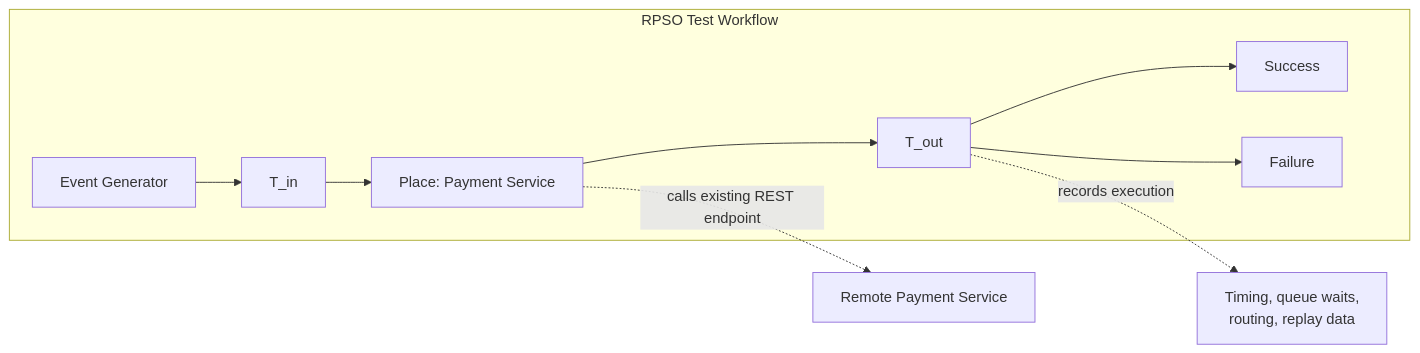
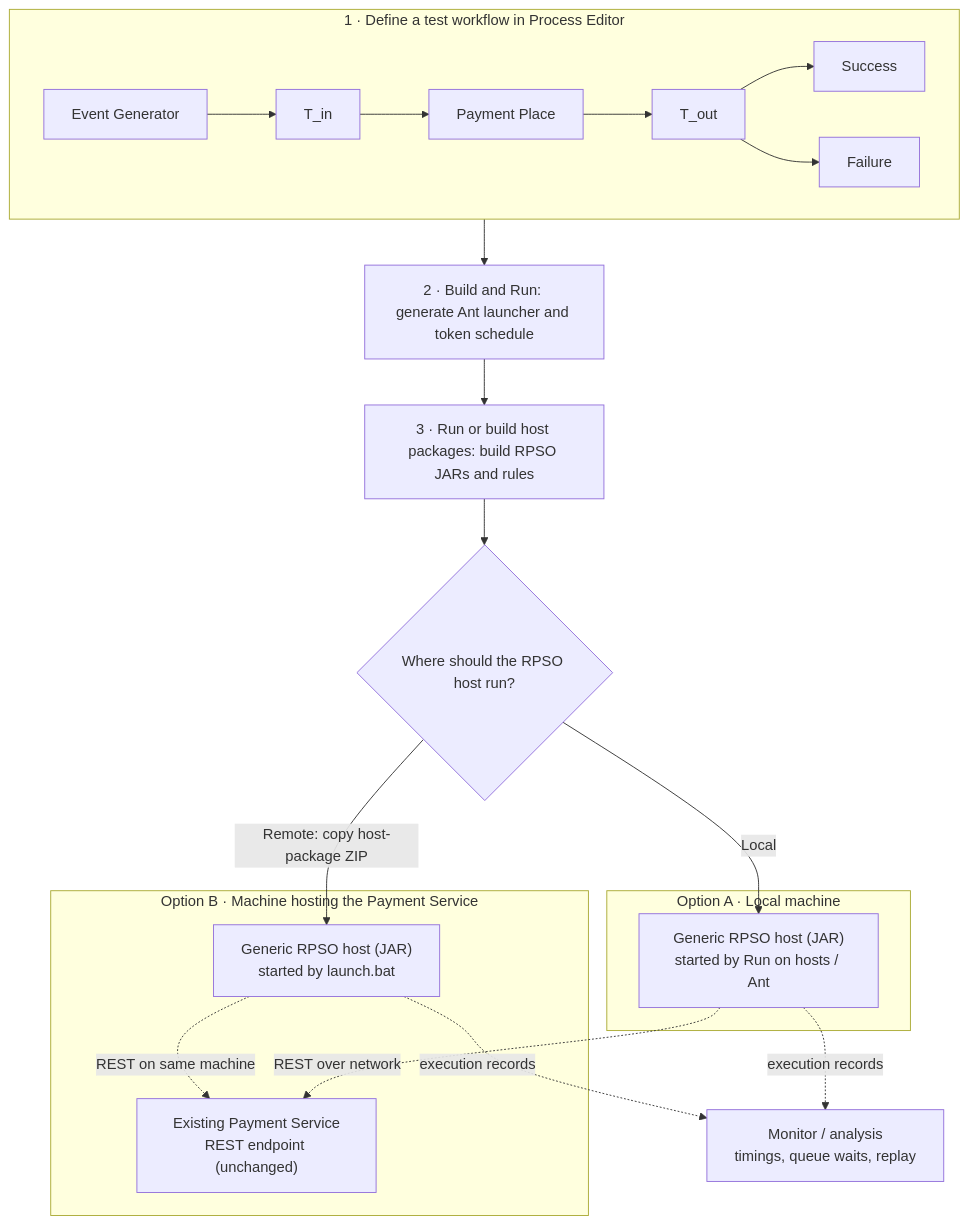
Before and after one commit to AlexanderAdelAU/Rule-Propagated-Service-Orchestration: the diagram in README.md, drawn with Mermaid. The commit also changed other lines of this file, not shown here.

Commit message:
Show local and remote RPSO host deployment and generated launch packages

````diff
--- a/README.md
+++ b/README.md
@@ -15,13 +15,31 @@
 ```mermaid
-flowchart LR
-    subgraph RPSO["RPSO Test Workflow"]
+flowchart TB
+    subgraph PROCESS["1 · Define a test workflow in Process Editor"]
+        direction LR
         EG["Event Generator"] --> TI["T_in"]
-        TI --> P["Place: Payment Service"]
+        TI --> P["Payment Place"]
         P --> TO["T_out"]
         TO --> OK["Success"]
         TO --> FAIL["Failure"]
     end
 
-    P -. "calls existing REST endpoint" .-> REST["Remote Payment Service"]
-    TO -. "records execution" .-> OBS["Timing, queue waits,<br/>routing, replay data"]
+    PROCESS --> LAUNCH["2 · Build and Run: generate Ant launcher and token schedule"]
+    LAUNCH --> PACKAGE["3 · Run or build host packages: build RPSO JARs and rules"]
+    PACKAGE --> WHERE{"Where should the RPSO host run?"}
+
+    subgraph LOCAL["Option A · Local machine"]
+        LH["Generic RPSO host (JAR)<br/>started by Run on hosts / Ant"]
+    end
+
+    subgraph REMOTE["Option B · Machine hosting the Payment Service"]
+        RH["Generic RPSO host (JAR)<br/>started by launch.bat"]
+        SERVICE["Existing Payment Service<br/>REST endpoint (unchanged)"]
+        RH -. "REST on same machine" .-> SERVICE
+    end
+
+    WHERE -->|"Local"| LH
+    WHERE -->|"Remote: copy host-package ZIP"| RH
+    LH -. "REST over network" .-> SERVICE
+    LH -. "execution records" .-> OBS["Monitor / analysis<br/>timings, queue waits, replay"]
+    RH -. "execution records" .-> OBS
 ```
````
